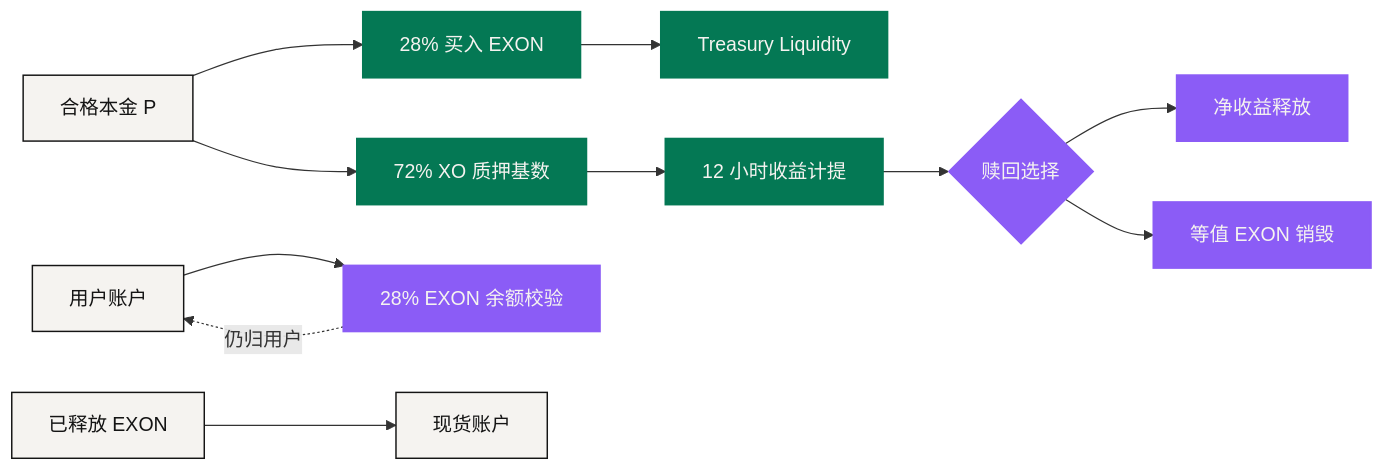
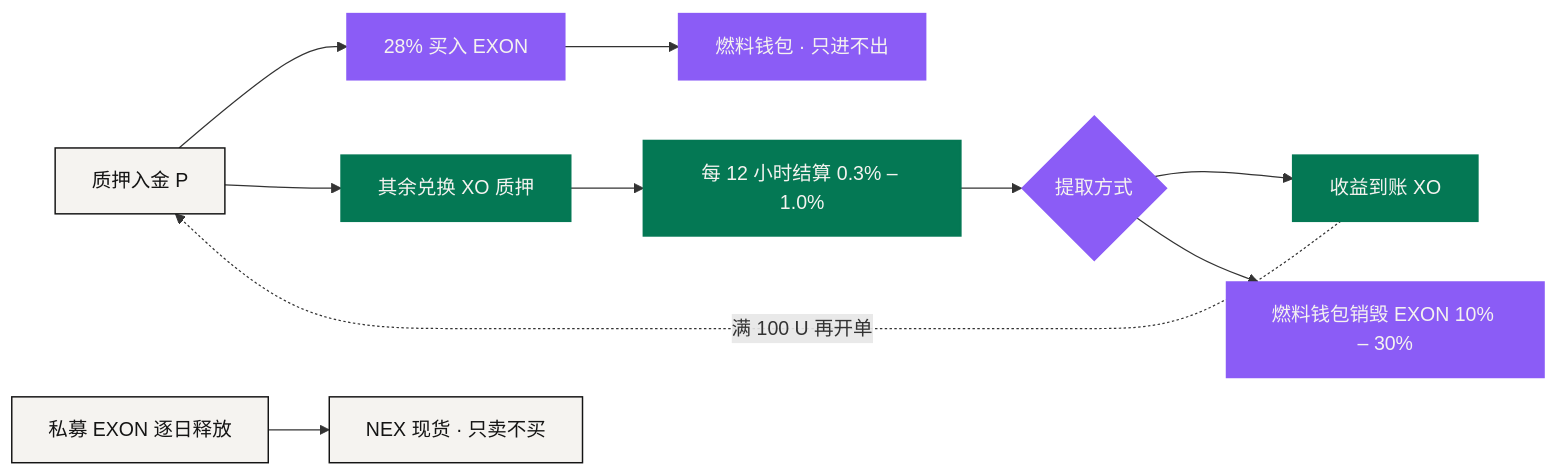
One commit to NEXONMarkets/NEXON-Whitepaper changed the diagram in docs/zh/05-tokenomics/value-flows.md. Above: the diagram before and after it, drawn with Mermaid. The commit also changed other lines of this file and 79 other files, not shown here.

````diff
--- a/docs/zh/05-tokenomics/value-flows.md
+++ b/docs/zh/05-tokenomics/value-flows.md
@@ -80,19 +68,18 @@
 ```mermaid
 flowchart LR
-    P["合格本金 P"] --> B["28% 买入 EXON"]
-    P --> S["72% XO 质押基数"]
-    B --> T["Treasury Liquidity"]
-    U["用户账户"] --> F["28% EXON 余额校验"]
-    F -. "仍归用户" .-> U
-    S --> R["12 小时收益计提"]
-    R --> C{"赎回选择"}
-    C --> N["净收益释放"]
-    C --> X["等值 EXON 销毁"]
-    V["已释放 EXON"] --> M["现货账户"]
+    P["质押入金 P"] --> B["28% 买入 EXON"]
+    P --> S["其余兑换 XO 质押"]
+    B --> W["燃料钱包 · 只进不出"]
+    S --> R["每 12 小时结算 0.3% – 1.0%"]
+    R --> C{"提取方式"}
+    C --> N["收益到账 XO"]
+    C --> X["燃料钱包销毁 EXON 10% – 30%"]
+    N -. "满 100 U 再开单" .-> P
+    V["私募 EXON 逐日释放"] --> M["NEX 现货 · 只卖不买"]
     classDef anchor fill:#047854,stroke:#047854,stroke-width:1.5px,color:#F5F3F0
     classDef engine fill:#8B5CF6,stroke:#8B5CF6,stroke-width:1.5px,color:#F5F3F0
     classDef solid  fill:#F5F3F0,stroke:#141414,stroke-width:1.2px,color:#141414
-    class P,U,V,M solid
-    class S,R,B,T anchor
-    class C,N,X,F engine
+    class P,V,M solid
+    class S,R,N anchor
+    class B,W,C,X engine
 ```
````
